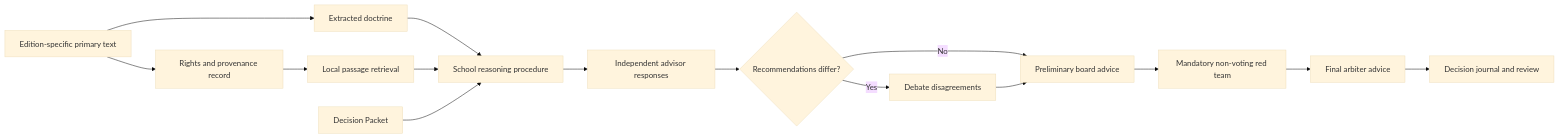
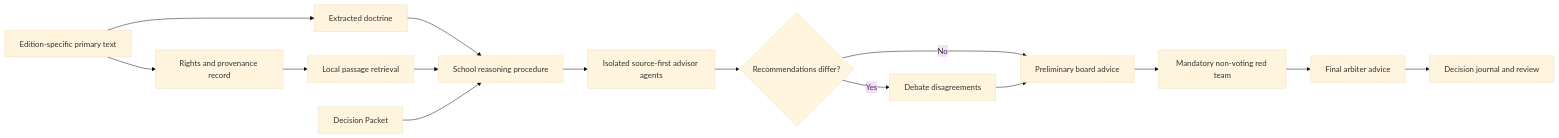
One commit to hughmann-dg/phronesis changed the diagram in docs/architecture.md. Above: the diagram before and after it, drawn with Mermaid (base theme). The commit also changed other lines of this file and 17 other files, not shown here.

Commit message:
Make council advice independently source-first

````diff
--- a/docs/architecture.md
+++ b/docs/architecture.md
@@ -5,17 +5,17 @@
 ```mermaid
 flowchart LR
     A["Edition-specific primary text"] --> B["Rights and provenance record"]
     B --> C["Local passage retrieval"]
     A --> D["Extracted doctrine"]
     D --> E["School reasoning procedure"]
     C --> E
     P["Decision Packet"] --> E
-    E --> F["Independent advisor responses"]
+    E --> F["Isolated source-first advisor agents"]
     F --> G{"Recommendations differ?"}
     G -->|"Yes"| H["Debate disagreements"]
     G -->|"No"| I["Preliminary board advice"]
     H --> I
     I --> J["Mandatory non-voting red team"]
     J --> K["Final arbiter advice"]
     K --> L["Decision journal and review"]
 ```
````
